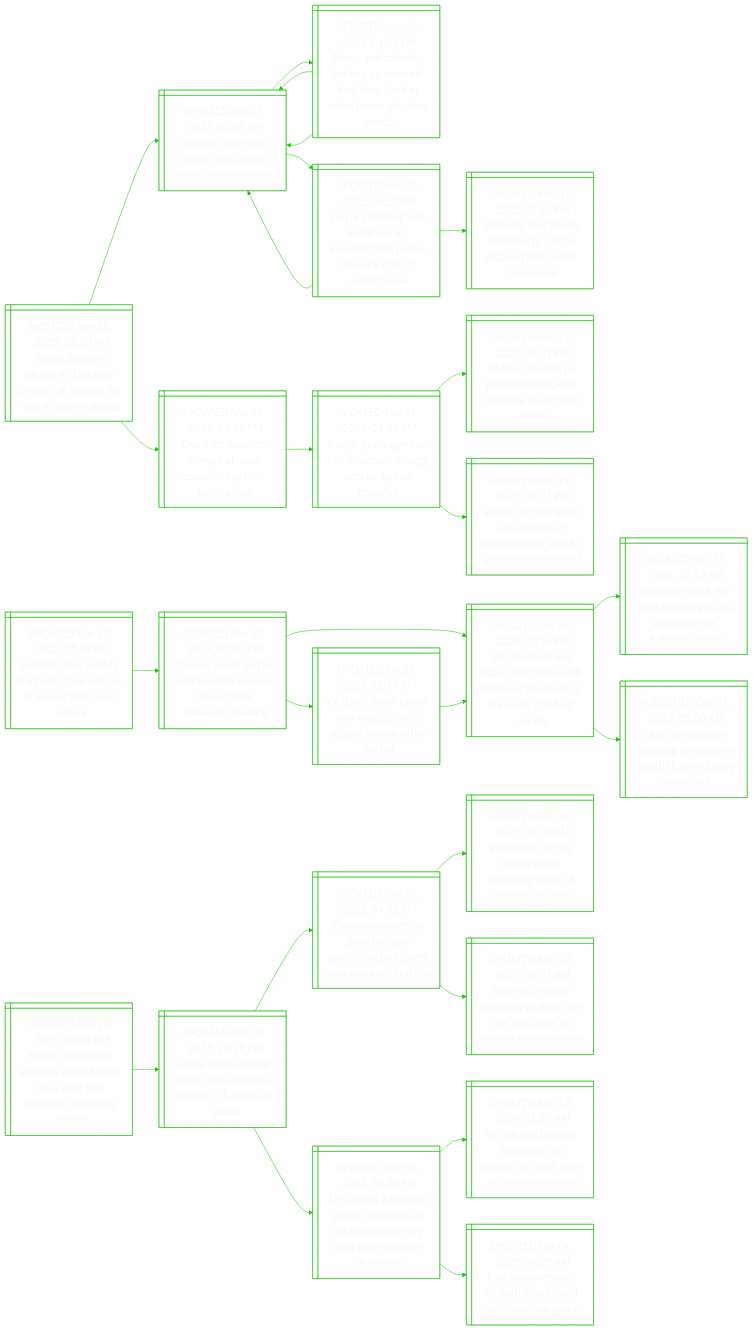
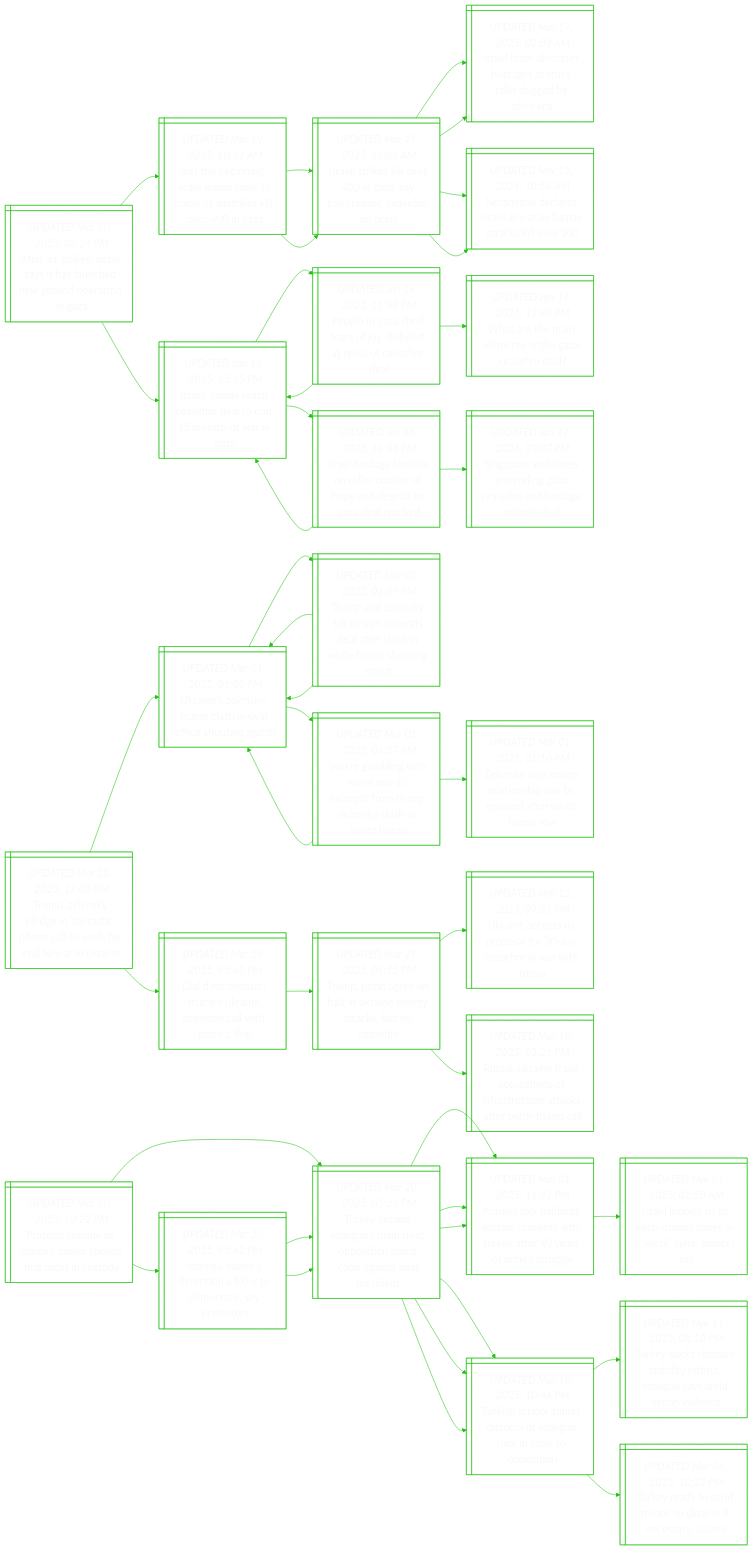
The diagram in README.md (notJmes/notJmes), drawn with Mermaid before and after one commit. The commit also changed other lines of this file, not shown here.

````diff
--- a/README.md
+++ b/README.md
@@ -16,7 +16,53 @@
 flowchart LR
 classDef txtsize font-size:20px;
 
-TZsenapcofdrr@{ shape: win-pane, label: "_UPDATED Mar 20, 2025, 03:30 PM_
+AarIlilhwnrnz@{ shape: win-pane, label: "_UPDATED Mar 20, 2025, 03:24 PM_
+After air strikes, israel says it has launched new ground operation in gaza" }
+Jhigenemiiiea@{ shape: win-pane, label: "_UPDATED Mar 19, 2025, 10:32 AM_
+‘just the beginning’: israel warns more to come as airstrikes kill over 400 in gaza" }
+Iliieaysaarr@{ shape: win-pane, label: "_UPDATED Mar 19, 2025, 12:00 AM_
+Israeli strikes kill over 400 in gaza, say palestinians, ceasefire on brink" }
+Ildsoeraobis@{ shape: win-pane, label: "_UPDATED Mar 17, 2025, 02:09 AM_
+Israel team discusses hostages at truce talks dogged by divisions" }
+NyeeawHakl@{ shape: win-pane, label: "_UPDATED Nov 13, 2024, 10:58 AM_
+Netanyahu declares israel at war as hamas attacks kill over 100" }
+Iliieaysaarr@{ shape: win-pane, label: "_UPDATED Mar 19, 2025, 12:00 AM_
+Israeli strikes kill over 400 in gaza, say palestinians, ceasefire on brink" }
+Ildsoeraobis@{ shape: win-pane, label: "_UPDATED Mar 17, 2025, 02:09 AM_
+Israel team discusses hostages at truce talks dogged by divisions" }
+NyeeawHakl@{ shape: win-pane, label: "_UPDATED Nov 13, 2024, 10:58 AM_
+Netanyahu declares israel at war as hamas attacks kill over 100" }
+Ilshedoooia@{ shape: win-pane, label: "_UPDATED Jan 16, 2025, 05:35 PM_
+Israel, hamas reach ceasefire deal to end 15 months of war in gaza" }
+Pezdsyeasarl@{ shape: win-pane, label: "_UPDATED Jan 16, 2025, 11:48 PM_
+People in gaza shed tears of joy, disbelief at news of ceasefire deal" }
+Ilshedoooia@{ shape: win-pane, label: "_UPDATED Jan 16, 2025, 05:35 PM_
+Israel, hamas reach ceasefire deal to end 15 months of war in gaza" }
+Wrmlthaed@{ shape: win-pane, label: "_UPDATED Jan 16, 2025, 11:48 PM_
+What are the main elements of the gaza ceasefire deal?" }
+Ilamslorpdiaac@{ shape: win-pane, label: "_UPDATED Jan 16, 2025, 11:46 PM_
+Israel hostage families on roller coaster of hope and despair as gaza deal reached" }
+Ilshedoooia@{ shape: win-pane, label: "_UPDATED Jan 16, 2025, 05:35 PM_
+Israel, hamas reach ceasefire deal to end 15 months of war in gaza" }
+Speeegcfntee@{ shape: win-pane, label: "_UPDATED Jan 17, 2025, 05:07 PM_
+Singapore welcomes impending gaza ceasefire and hostage release deal" }
+
+AarIlilhwnrnz:::txtsize --> Jhigenemiiiea:::txtsize
+Jhigenemiiiea:::txtsize --> Iliieaysaarr:::txtsize
+Iliieaysaarr:::txtsize --> Ildsoeraobis:::txtsize
+Iliieaysaarr:::txtsize --> NyeeawHakl:::txtsize
+Jhigenemiiiea:::txtsize --> Iliieaysaarr:::txtsize
+Iliieaysaarr:::txtsize --> Ildsoeraobis:::txtsize
+Iliieaysaarr:::txtsize --> NyeeawHakl:::txtsize
+AarIlilhwnrnz:::txtsize --> Ilshedoooia:::txtsize
+Ilshedoooia:::txtsize --> Pezdsyeasarl:::txtsize
+Pezdsyeasarl:::txtsize --> Ilshedoooia:::txtsize
+Pezdsyeasarl:::txtsize --> Wrmlthaed:::txtsize
+Ilshedoooia:::txtsize --> Ilamslorpdiaac:::txtsize
+Ilamslorpdiaac:::txtsize --> Ilshedoooia:::txtsize
+Ilamslorpdiaac:::txtsize --> Speeegcfntee:::txtsize
+
+TZsenapcofdrr@{ shape: win-pane, label: "_UPDATED Mar 20, 2025, 11:00 PM_
 Trump, zelensky pledge in ‘fantastic’ phone call to work for end to war in ukraine" }
 Unlyphaiogh@{ shape: win-pane, label: "_UPDATED Mar 01, 2025, 01:05 PM_
 Ukraine’s zelensky, trump clash in oval office shouting match" }
@@ -53,51 +99,47 @@
 TPaotreyctar:::txtsize --> UneSoocfnis:::txtsize
 TPaotreyctar:::txtsize --> Raiacifacakeiml:::txtsize
 
-FnklptnUosvr@{ shape: win-pane, label: "_UPDATED Mar 20, 2025, 05:30 PM_
-Finland ranks world’s happiest again with us at lowest spot ever: survey" }
-GyhUWrowbpsk@{ shape: win-pane, label: "_UPDATED Mar 20, 2024, 07:07 PM_
-Gloomy youth pull us and western europe down global happiness ranking" }
-Spnsyhildoomair@{ shape: win-pane, label: "_UPDATED Jan 26, 2024, 05:16 PM_
-Singaporeans less happy, but those with balanced approach to life more satisfied: survey" }
-SprhtpAirenr@{ shape: win-pane, label: "_UPDATED Nov 11, 2024, 12:55 PM_
-Singapore’s rich the most unhappy in asia with work-life balance: survey" }
-MnacisolauiP@{ shape: win-pane, label: "_PUBLISHED Oct 07, 2023, 05:00 AM_
-More in singapore choosing to spend on health than on luxury items: poll" }
-Wenrxasintc@{ shape: win-pane, label: "_UPDATED Jan 25, 2024, 12:17 PM_
-Weighed down by our own expectations, despite money in the pocket" }
-Spnsyhildoomair@{ shape: win-pane, label: "_UPDATED Jan 26, 2024, 05:16 PM_
-Singaporeans less happy, but those with balanced approach to life more satisfied: survey" }
+Psssnapfnit@{ shape: win-pane, label: "_UPDATED Mar 20, 2025, 10:22 PM_
+Protests resume as istanbul mayor spends first night in custody" }
+Tyidsroiscgtpd@{ shape: win-pane, label: "_UPDATED Mar 20, 2025, 05:23 PM_
+Turkey detains erdogan’s main rival; opposition slams ‘coup against next president’" }
+Ksmaeeewuayoeu@{ shape: win-pane, label: "_UPDATED Mar 01, 2025, 11:23 PM_
+Kurdish pkk militants declare ceasefire with turkey after 40 years of armed struggle" }
+IlitpisaSse@{ shape: win-pane, label: "_UPDATED Mar 01, 2025, 01:50 AM_
+Israel lobbies us to keep russian bases in a ‘weak’ syria, sources say" }
+Tsoniadriwpi@{ shape: win-pane, label: "_UPDATED Mar 19, 2025, 10:46 PM_
+Turkish school annuls diploma of erdogan rival in blow to opposition" }
+Tysaatornayvn@{ shape: win-pane, label: "_UPDATED Mar 11, 2025, 08:10 PM_
+Turkey backs sharaa’s stability efforts, erdogan says amid syrian violence" }
+TyynoUneau@{ shape: win-pane, label: "_UPDATED Mar 06, 2025, 10:22 PM_
+Turkey ready to send troops to ukraine if necessary: source" }
+Ibyeildratr@{ shape: win-pane, label: "_UPDATED Mar 20, 2025, 05:42 PM_
+Istanbul mayor’s detention a blow to democracy, say protesters" }
+Tyidsroiscgtpd@{ shape: win-pane, label: "_UPDATED Mar 20, 2025, 05:23 PM_
+Turkey detains erdogan’s main rival; opposition slams ‘coup against next president’" }
+Ksmaeeewuayoeu@{ shape: win-pane, label: "_UPDATED Mar 01, 2025, 11:23 PM_
+Kurdish pkk militants declare ceasefire with turkey after 40 years of armed struggle" }
+Tsoniadriwpi@{ shape: win-pane, label: "_UPDATED Mar 19, 2025, 10:46 PM_
+Turkish school annuls diploma of erdogan rival in blow to opposition" }
+Tyidsroiscgtpd@{ shape: win-pane, label: "_UPDATED Mar 20, 2025, 05:23 PM_
+Turkey detains erdogan’s main rival; opposition slams ‘coup against next president’" }
+Ksmaeeewuayoeu@{ shape: win-pane, label: "_UPDATED Mar 01, 2025, 11:23 PM_
+Kurdish pkk militants declare ceasefire with turkey after 40 years of armed struggle" }
+Tsoniadriwpi@{ shape: win-pane, label: "_UPDATED Mar 19, 2025, 10:46 PM_
+Turkish school annuls diploma of erdogan rival in blow to opposition" }
 
-FnklptnUosvr:::txtsize --> GyhUWrowbpsk:::txtsize
-GyhUWrowbpsk:::txtsize --> Spnsyhildoomair:::txtsize
-Spnsyhildoomair:::txtsize --> SprhtpAirenr:::txtsize
-Spnsyhildoomair:::txtsize --> MnacisolauiP:::txtsize
-GyhUWrowbpsk:::txtsize --> Wenrxasintc:::txtsize
-Wenrxasintc:::txtsize --> Spnsyhildoomair:::txtsize
-
-Fhargddyoessinm@{ shape: win-pane, label: "_UPDATED Mar 20, 2025, 01:45 PM_
-French researcher allegedly denied entry to us over text messages criticising trump" }
-JdspoCbuslte@{ shape: win-pane, label: "_UPDATED Mar 19, 2025, 10:29 PM_
-Judge denies trump bid to toss columbia student’s challenge to arrest" }
-Cbiinsaipswcdd@{ shape: win-pane, label: "_UPDATED Mar 14, 2025, 04:32 PM_
-Columbia university punishes pro-palestinian protesters who occupied building" }
-Psoyproatlae@{ shape: win-pane, label: "_UPDATED Mar 14, 2025, 02:33 AM_
-Protesters occupy trump tower following arrest of columbia student" }
-Wfsoidaeaoewc@{ shape: win-pane, label: "_UPDATED Mar 13, 2025, 09:51 AM_
-Wife of arrested columbia student says she was naive to believe he was secure" }
-UcinntoivtrSili@{ shape: win-pane, label: "_UPDATED Mar 08, 2025, 10:30 PM_
-Us cancels $530m in grants, contracts to columbia university over anti-semitism allegations" }
-Ulbehtpsbifea@{ shape: win-pane, label: "_UPDATED Nov 13, 2024, 11:59 AM_
-Us colleges become flashpoints for protests on both sides of israel-hamas war" }
-FSeitndaesb@{ shape: win-pane, label: "_UPDATED Feb 04, 2025, 09:25 AM_
-Five us universities hit with new federal anti-semitism probe" }
-
-Fhargddyoessinm:::txtsize --> JdspoCbuslte:::txtsize
-JdspoCbuslte:::txtsize --> Cbiinsaipswcdd:::txtsize
-Cbiinsaipswcdd:::txtsize --> Psoyproatlae:::txtsize
-Cbiinsaipswcdd:::txtsize --> Wfsoidaeaoewc:::txtsize
-JdspoCbuslte:::txtsize --> UcinntoivtrSili:::txtsize
-UcinntoivtrSili:::txtsize --> Ulbehtpsbifea:::txtsize
-UcinntoivtrSili:::txtsize --> FSeitndaesb:::txtsize
+Psssnapfnit:::txtsize --> Tyidsroiscgtpd:::txtsize
+Tyidsroiscgtpd:::txtsize --> Ksmaeeewuayoeu:::txtsize
+Ksmaeeewuayoeu:::txtsize --> IlitpisaSse:::txtsize
+Tyidsroiscgtpd:::txtsize --> Tsoniadriwpi:::txtsize
+Tsoniadriwpi:::txtsize --> Tysaatornayvn:::txtsize
+Tsoniadriwpi:::txtsize --> TyynoUneau:::txtsize
+Psssnapfnit:::txtsize --> Ibyeildratr:::txtsize
+Ibyeildratr:::txtsize --> Tyidsroiscgtpd:::txtsize
+Tyidsroiscgtpd:::txtsize --> Ksmaeeewuayoeu:::txtsize
+Tyidsroiscgtpd:::txtsize --> Tsoniadriwpi:::txtsize
+Ibyeildratr:::txtsize --> Tyidsroiscgtpd:::txtsize
+Tyidsroiscgtpd:::txtsize --> Ksmaeeewuayoeu:::txtsize
+Tyidsroiscgtpd:::txtsize --> Tsoniadriwpi:::txtsize
 
 ```
````
